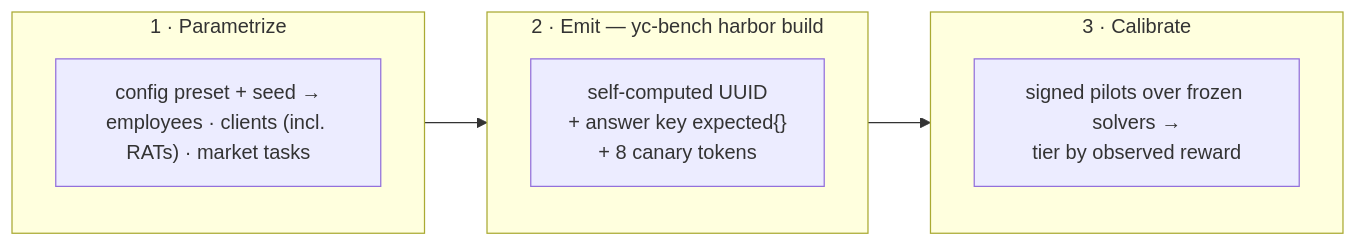
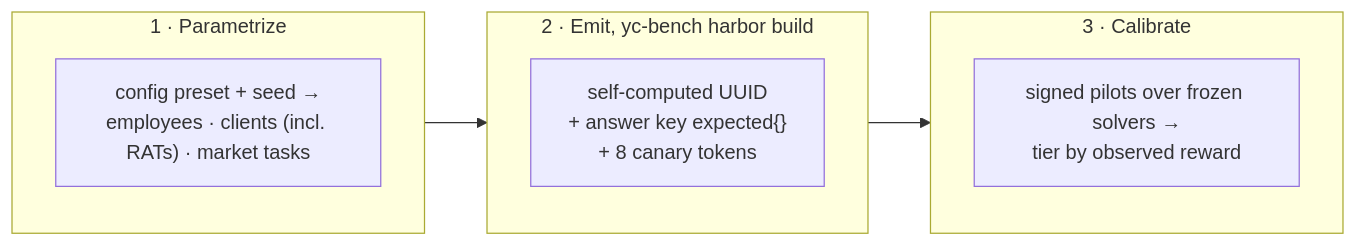
Before and after one commit to EtharaOrion/rinzler-samples: the third of 3 diagrams in README.md, drawn with Mermaid. The commit also changed other lines of this file, not shown here.

````diff
--- a/README.md
+++ b/README.md
@@ -101,13 +101,13 @@
 ```mermaid
 flowchart LR
     subgraph param["1 · Parametrize"]
         world["config preset + seed →<br/>employees · clients (incl. RATs) · market tasks"]
     end
-    subgraph emit["2 · Emit — yc-bench harbor build"]
+    subgraph emit["2 · Emit, yc-bench harbor build"]
         uuid["self-computed UUID<br/>+ answer key expected{}<br/>+ 8 canary tokens"]
     end
     subgraph cal["3 · Calibrate"]
         tier["signed pilots over frozen solvers →<br/>tier by observed reward"]
     end
     param --> emit --> cal
 ```
````
